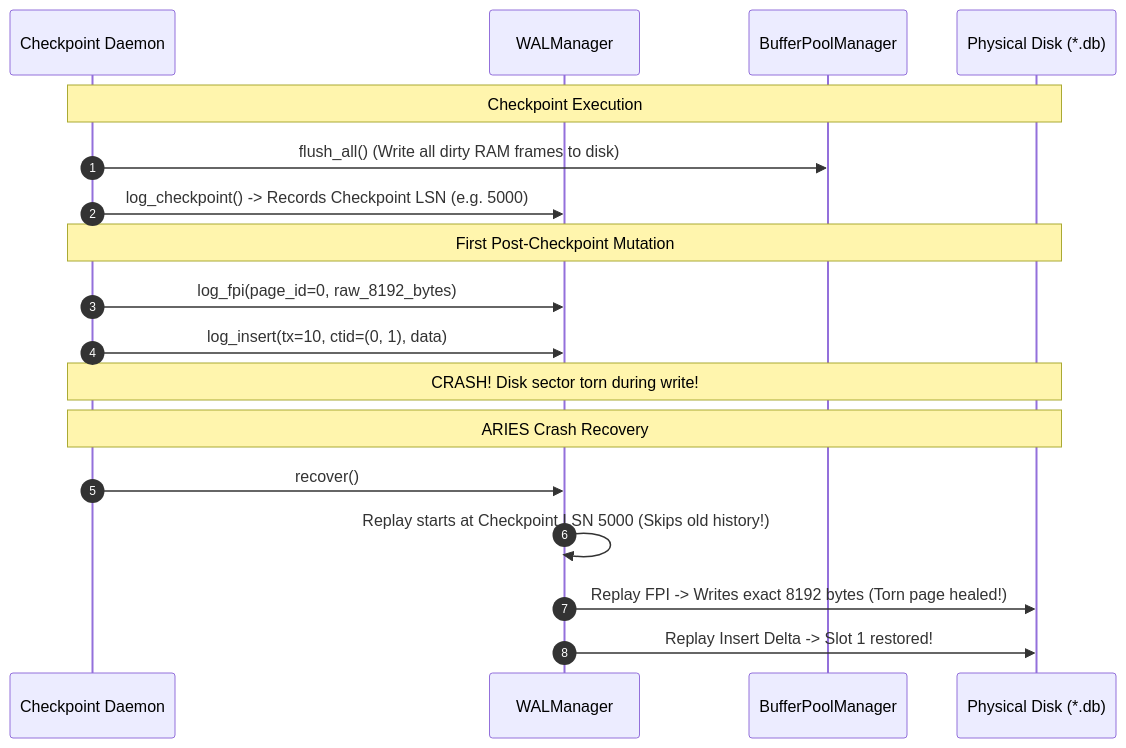
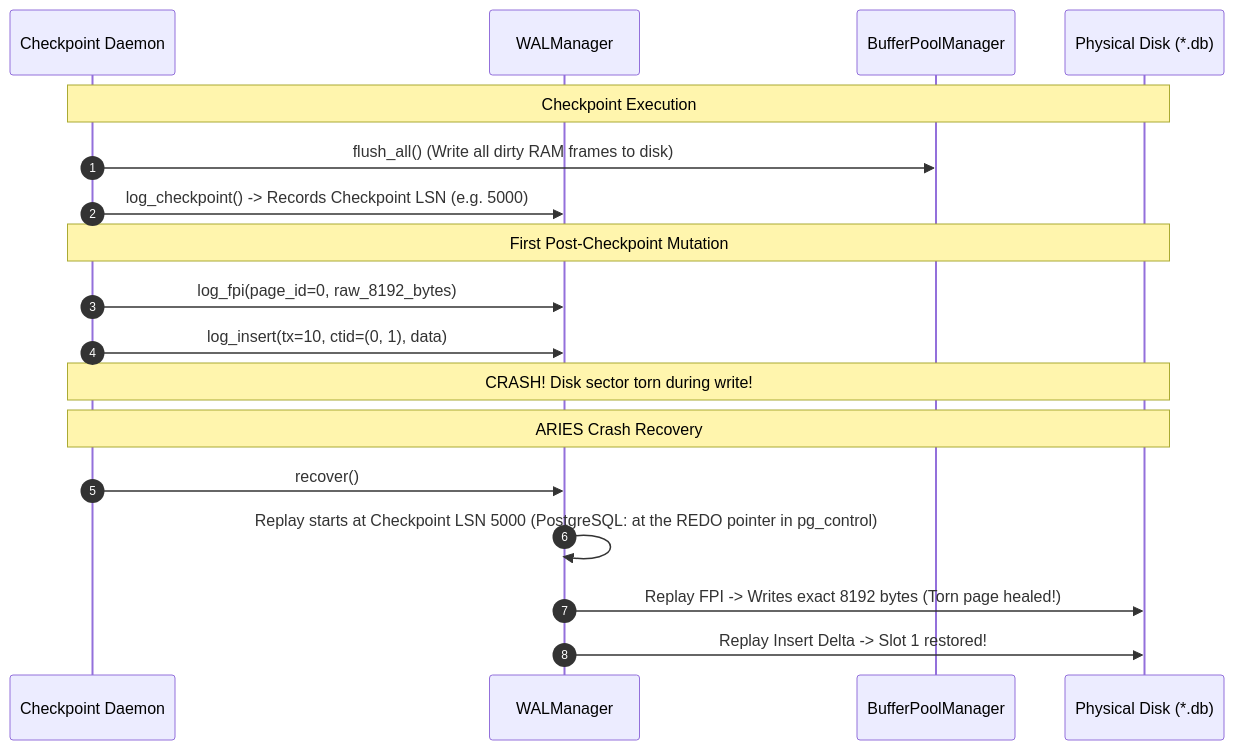
One commit to Nimastic/cpp-postgres changed the second of 2 diagrams in notes/atlas/15-checkpoints-and-fpi.md. Above: the diagram before and after it, drawn with Mermaid. The commit also changed other lines of this file and 62 other files, not shown here.

Commit message:
fix(core): remediate architecture audit findings (durability, sessions, recovery, single-gateway)

````diff
--- a/notes/atlas/15-checkpoints-and-fpi.md
+++ b/notes/atlas/15-checkpoints-and-fpi.md
@@ -38,24 +42,24 @@
 ```mermaid
 sequenceDiagram
     autonumber
     participant Admin as Checkpoint Daemon
     participant WAL as WALManager
     participant BPM as BufferPoolManager
     participant Disk as Physical Disk (*.db)
 
     Note over Admin,Disk: Checkpoint Execution
     Admin->>BPM: flush_all() (Write all dirty RAM frames to disk)
     Admin->>WAL: log_checkpoint() -> Records Checkpoint LSN (e.g. 5000)
     
     Note over Admin,Disk: First Post-Checkpoint Mutation
     Admin->>WAL: log_fpi(page_id=0, raw_8192_bytes)
     Admin->>WAL: log_insert(tx=10, ctid=(0, 1), data)
     
     Note over Admin,Disk: CRASH! Disk sector torn during write!
     
     Note over Admin,Disk: ARIES Crash Recovery
     Admin->>WAL: recover()
-    WAL->>WAL: Replay starts at Checkpoint LSN 5000 (Skips old history!)
+    WAL->>WAL: Replay starts at Checkpoint LSN 5000 (PostgreSQL: at the REDO pointer in pg_control)
     WAL->>Disk: Replay FPI -> Writes exact 8192 bytes (Torn page healed!)
     WAL->>Disk: Replay Insert Delta -> Slot 1 restored!
 ```
````
